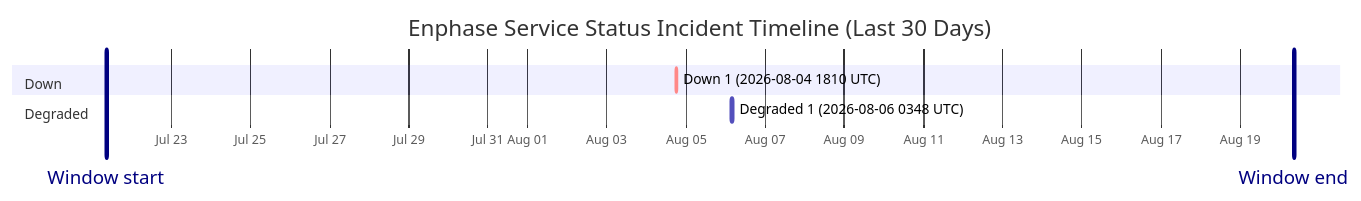
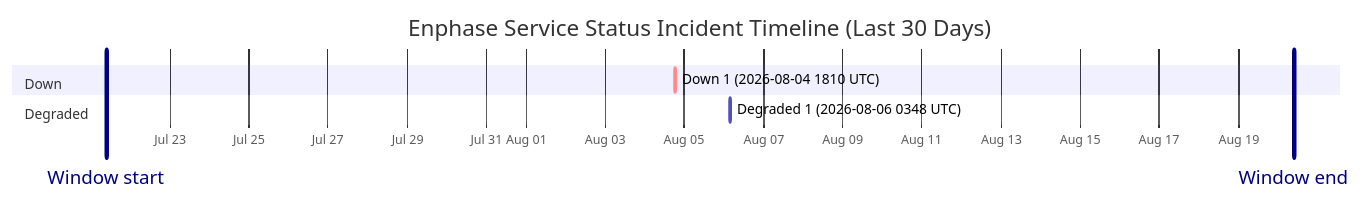
Before and after one commit to barneyonline/ha-enphase-energy: the diagram in wiki/Service-Status-History.md, drawn with Mermaid. The commit also changed other lines of this file and 3 other files, not shown here.

````diff
--- a/wiki/Service-Status-History.md
+++ b/wiki/Service-Status-History.md
@@ -14,12 +14,12 @@
 ```mermaid
 gantt
     title Enphase Service Status Incident Timeline (Last 30 Days)
     dateFormat  YYYY-MM-DDTHH:mm:ss
     axisFormat  %b %d
-    Window start :vert, window-start, 2026-07-21T08:35:29, 0ms
-    Window end :vert, window-end, 2026-08-20T08:35:29, 0ms
+    Window start :vert, window-start, 2026-07-21T09:31:56, 0ms
+    Window end :vert, window-end, 2026-08-20T09:31:56, 0ms
     section Down
     Down 1 (2026-08-04 1810 UTC) :crit, down-1, 2026-08-04T18:10:46, 60m
     section Degraded
     Degraded 1 (2026-08-06 0348 UTC) :active, degraded-1, 2026-08-06T03:48:14, 60m
 ```
````
